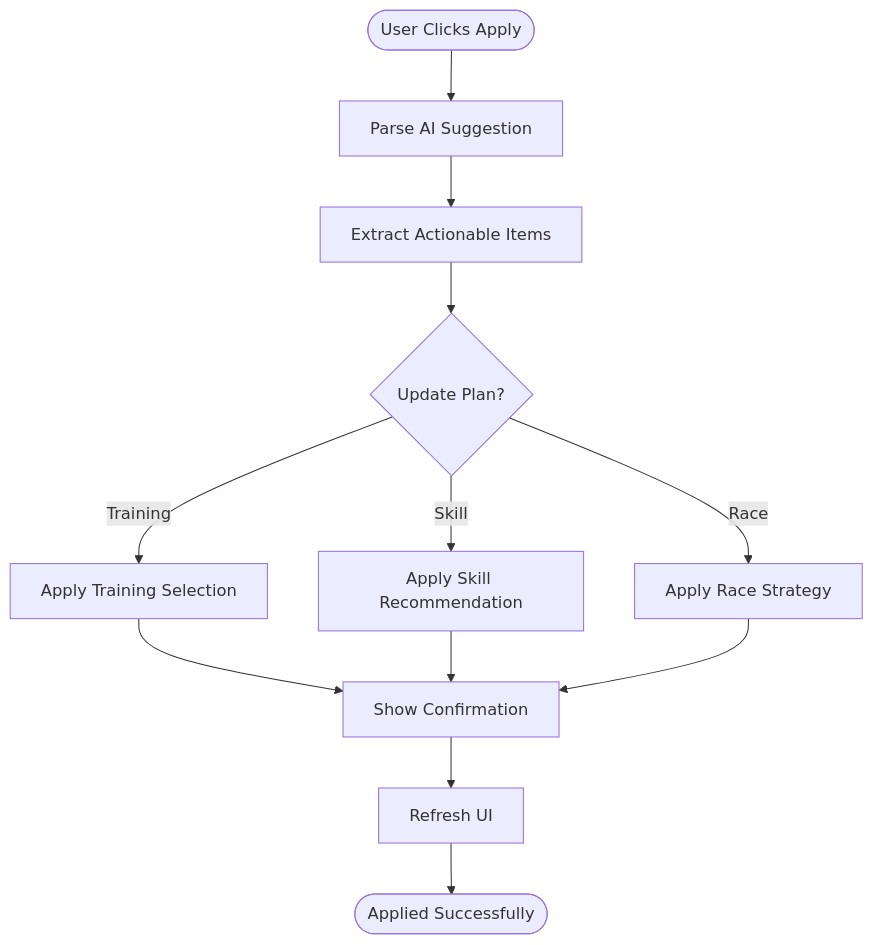
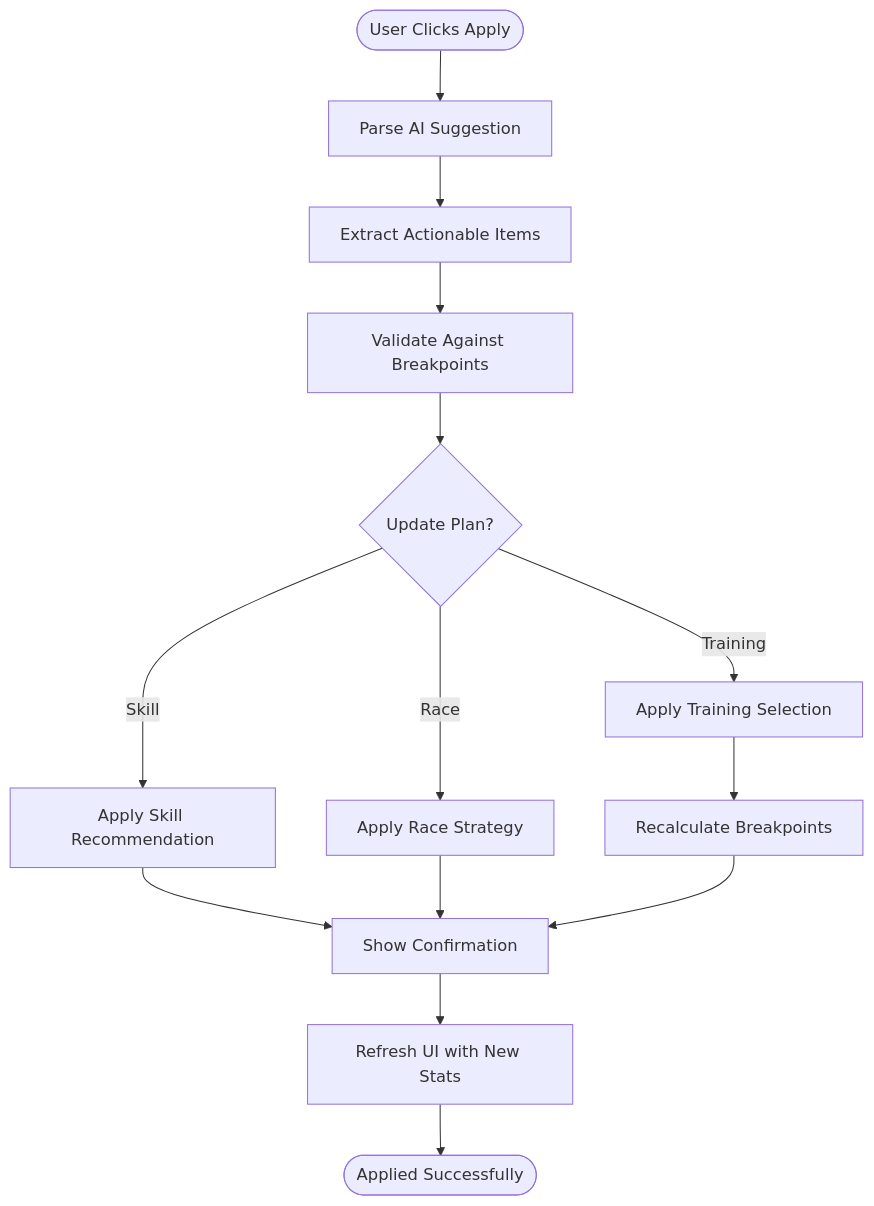
One commit to exatfrds67/umamusume-career-planner changed the fourth of 4 diagrams in docs/01-wireframes/WF-012_AI_Advisor_Interface.md. Above: the diagram before and after it, drawn with Mermaid. The commit also changed other lines of this file and 313 other files, not shown here.

````diff
--- a/docs/01-wireframes/WF-012_AI_Advisor_Interface.md
+++ b/docs/01-wireframes/WF-012_AI_Advisor_Interface.md
@@ -838,14 +1225,16 @@
 ```mermaid
 flowchart TD
     Click([User Clicks Apply]) --> ParseSuggestion[Parse AI Suggestion]
     ParseSuggestion --> ExtractActions[Extract Actionable Items]
-    ExtractActions --> UpdatePlan{Update Plan?}
+    ExtractActions --> ValidateBreakpoints[Validate Against Breakpoints]
+    ValidateBreakpoints --> UpdatePlan{Update Plan?}
     UpdatePlan -->|Training| ApplyTraining[Apply Training Selection]
     UpdatePlan -->|Skill| ApplySkill[Apply Skill Recommendation]
     UpdatePlan -->|Race| ApplyRace[Apply Race Strategy]
-    ApplyTraining --> Confirm[Show Confirmation]
-    ApplySkill --> Confirm
+    ApplyTraining --> RecalcBreakpoints[Recalculate Breakpoints]
+    ApplySkill --> Confirm[Show Confirmation]
     ApplyRace --> Confirm
-    Confirm --> Refresh[Refresh UI]
+    RecalcBreakpoints --> Confirm
+    Confirm --> Refresh[Refresh UI with New Stats]
     Refresh --> Success([Applied Successfully])
 ```
````
